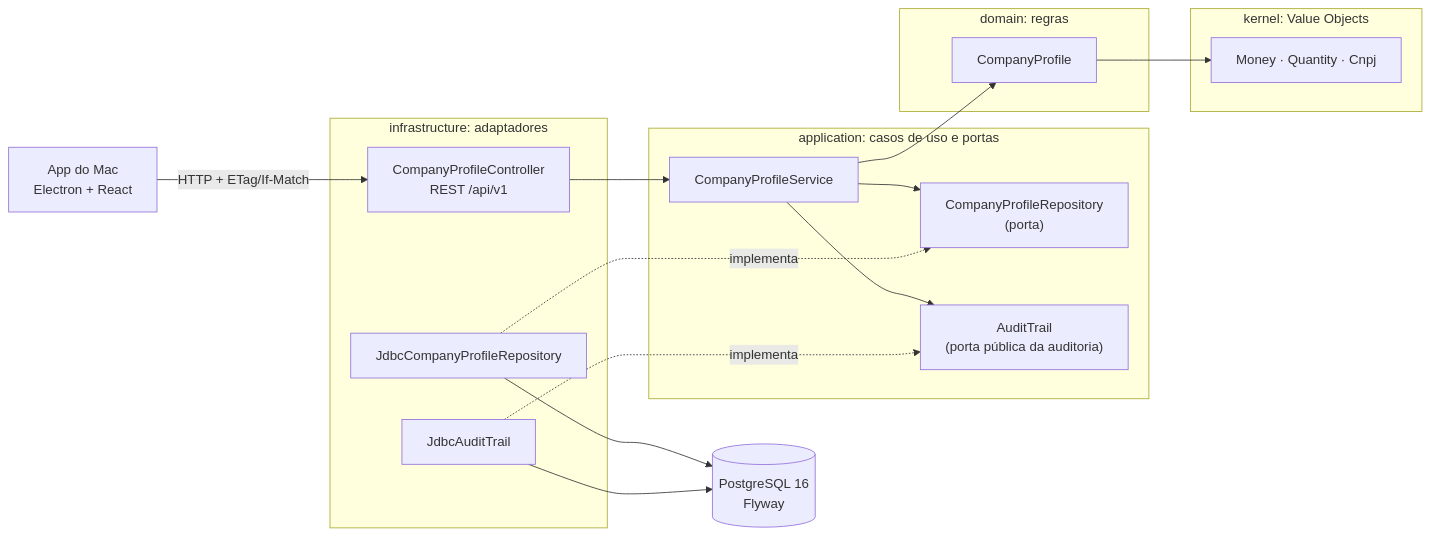
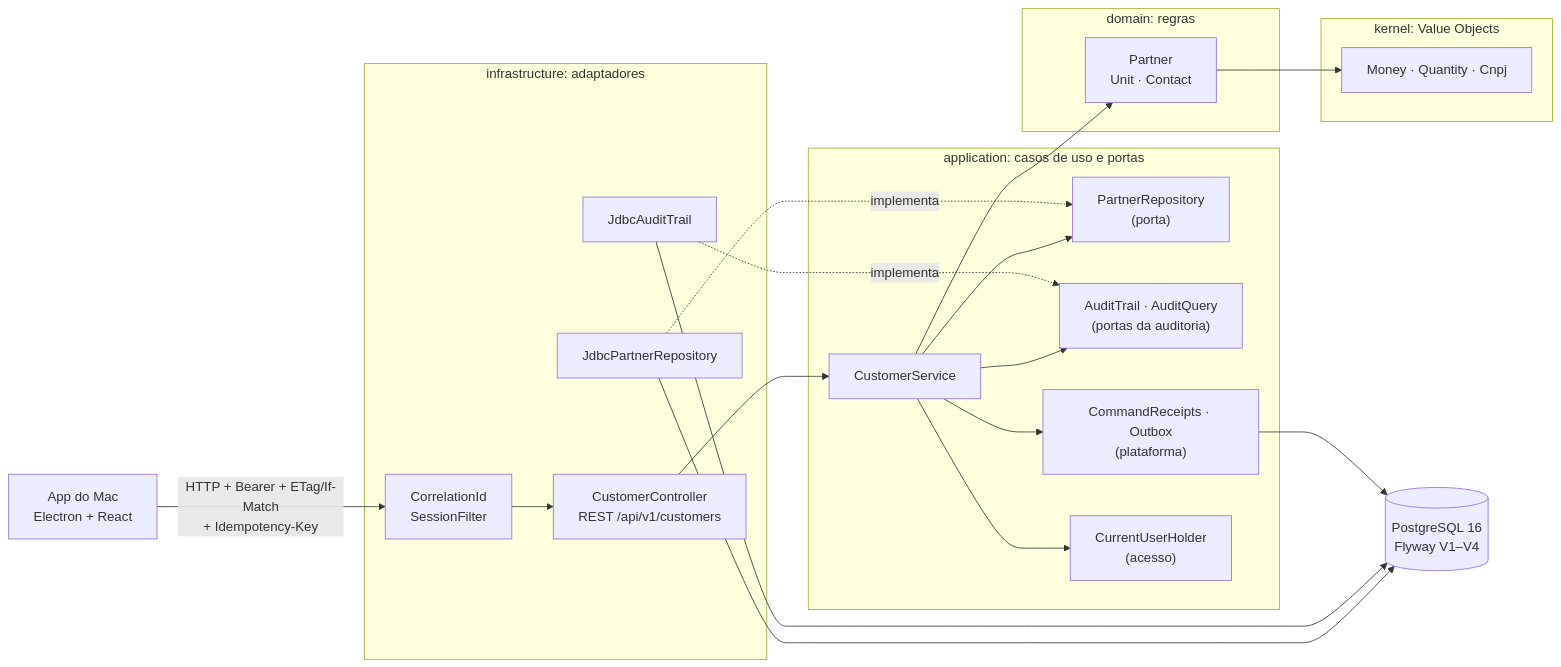
The first of 16 diagrams in docs/backend/17-diagramas-de-classes-e-padroes.md (edsoncorralxxx-ui/ERP), drawn with Mermaid before and after one commit. The commit also changed other lines of this file and 8 other files, not shown here.

First line of the commit message:
Diagramas atualizados para a Sprint 2 e diagramas do sistema completo

````diff
--- a/docs/backend/17-diagramas-de-classes-e-padroes.md
+++ b/docs/backend/17-diagramas-de-classes-e-padroes.md
@@ -13,31 +13,38 @@
 ```mermaid
 flowchart LR
     APP["App do Mac<br/>Electron + React"]
     subgraph INFRA["infrastructure: adaptadores"]
-        CTRL["CompanyProfileController<br/>REST /api/v1"]
-        JDBC["JdbcCompanyProfileRepository"]
+        FIL["CorrelationId<br/>SessionFilter"]
+        CTRL["CustomerController<br/>REST /api/v1/customers"]
+        JDBC["JdbcPartnerRepository"]
         AUDJ["JdbcAuditTrail"]
     end
     subgraph APPL["application: casos de uso e portas"]
-        SVC["CompanyProfileService"]
-        PORT["CompanyProfileRepository<br/>(porta)"]
-        AUDP["AuditTrail<br/>(porta pública da auditoria)"]
+        SVC["CustomerService"]
+        PORT["PartnerRepository<br/>(porta)"]
+        AUDP["AuditTrail · AuditQuery<br/>(portas da auditoria)"]
+        PLT["CommandReceipts · Outbox<br/>(plataforma)"]
+        ACS["CurrentUserHolder<br/>(acesso)"]
     end
     subgraph DOM["domain: regras"]
-        AGG["CompanyProfile"]
+        AGG["Partner<br/>Unit · Contact"]
     end
     subgraph KER["kernel: Value Objects"]
         VO["Money · Quantity · Cnpj"]
     end
-    DB[("PostgreSQL 16<br/>Flyway")]
-    APP -- "HTTP + ETag/If-Match" --> CTRL
+    DB[("PostgreSQL 16<br/>Flyway V1–V4")]
+    APP -- "HTTP + Bearer + ETag/If-Match<br/>+ Idempotency-Key" --> FIL
+    FIL --> CTRL
     CTRL --> SVC
+    SVC --> ACS
     SVC --> PORT
     SVC --> AUDP
+    SVC --> PLT
     SVC --> AGG
     AGG --> VO
     JDBC -. implementa .-> PORT
     AUDJ -. implementa .-> AUDP
     JDBC --> DB
     AUDJ --> DB
+    PLT --> DB
 ```
````
